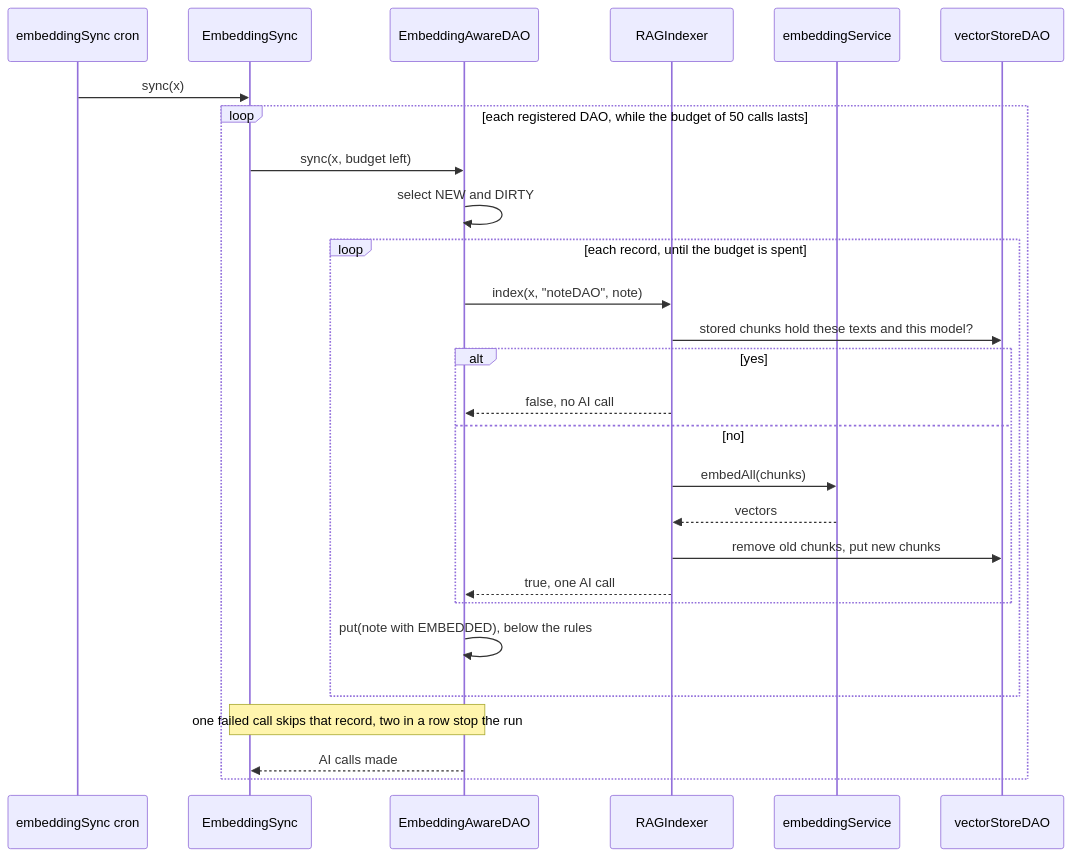
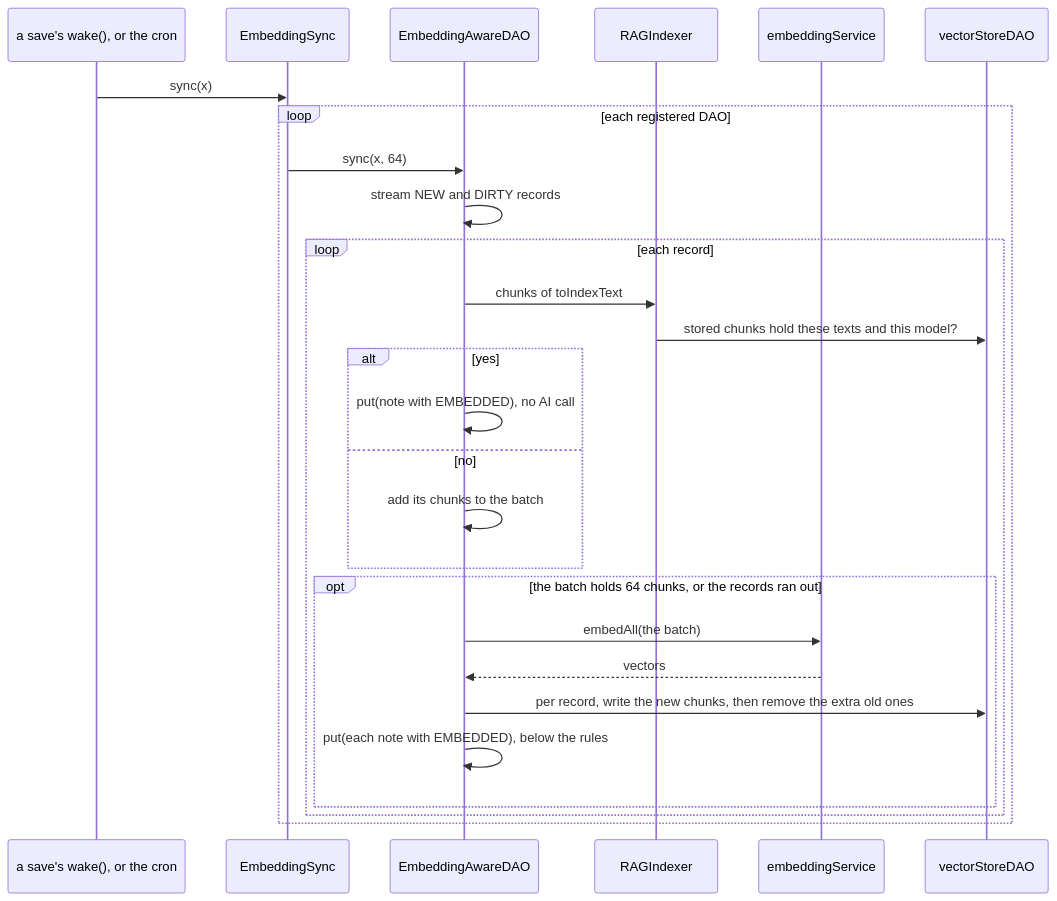
Before and after one commit to foam-foundation/foam3: the fourth of 7 diagrams in doc/guides/Embeddings.md, drawn with Mermaid. The commit also changed other lines of this file and 2 other files, not shown here.

Commit message:
PT-FIXES:DOS-5896 docs(ai): describe embed on save, batched sync and the extension points

````diff
--- a/doc/guides/Embeddings.md
+++ b/doc/guides/Embeddings.md
@@ -164,29 +173,29 @@
 ```mermaid
 sequenceDiagram
-  participant Cron as embeddingSync cron
+  participant W as a save's wake(), or the cron
   participant Sync as EmbeddingSync
   participant EA as EmbeddingAwareDAO
   participant Idx as RAGIndexer
   participant Emb as embeddingService
   participant VS as vectorStoreDAO
-  Cron->>Sync: sync(x)
-  loop each registered DAO, while the budget of 50 calls lasts
-    Sync->>EA: sync(x, budget left)
-    EA->>EA: select NEW and DIRTY
-    loop each record, until the budget is spent
-      EA->>Idx: index(x, "noteDAO", note)
+  W->>Sync: sync(x)
+  loop each registered DAO
+    Sync->>EA: sync(x, 64)
+    EA->>EA: stream NEW and DIRTY records
+    loop each record
+      EA->>Idx: chunks of toIndexText
       Idx->>VS: stored chunks hold these texts and this model?
       alt yes
-        Idx-->>EA: false, no AI call
+        EA->>EA: put(note with EMBEDDED), no AI call
       else no
-        Idx->>Emb: embedAll(chunks)
-        Emb-->>Idx: vectors
-        Idx->>VS: remove old chunks, put new chunks
-        Idx-->>EA: true, one AI call
+        EA->>EA: add its chunks to the batch
       end
-      EA->>EA: put(note with EMBEDDED), below the rules
+      opt the batch holds 64 chunks, or the records ran out
+        EA->>Emb: embedAll(the batch)
+        Emb-->>EA: vectors
+        EA->>VS: per record, write the new chunks, then remove the extra old ones
+        EA->>EA: put(each note with EMBEDDED), below the rules
+      end
     end
-    Note over Sync,EA: one failed call skips that record, two in a row stop the run
-    EA-->>Sync: AI calls made
   end
 ```
````
